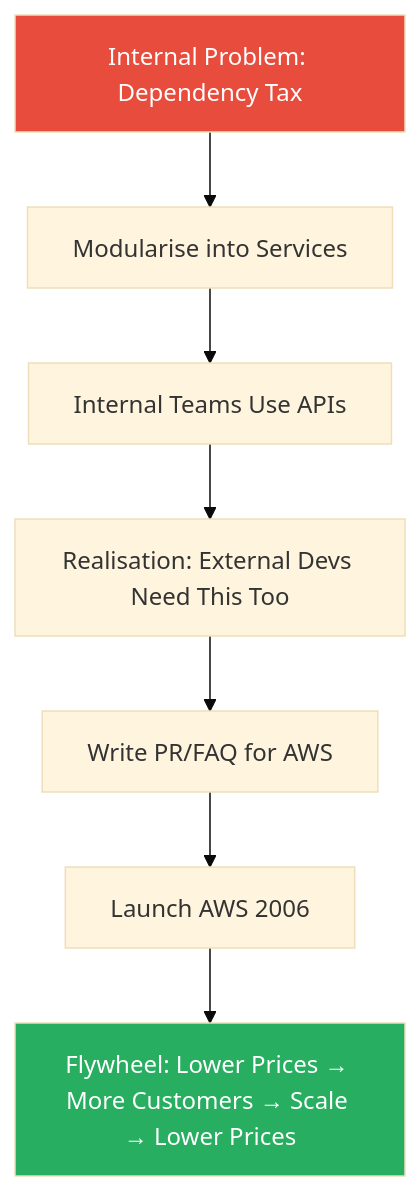
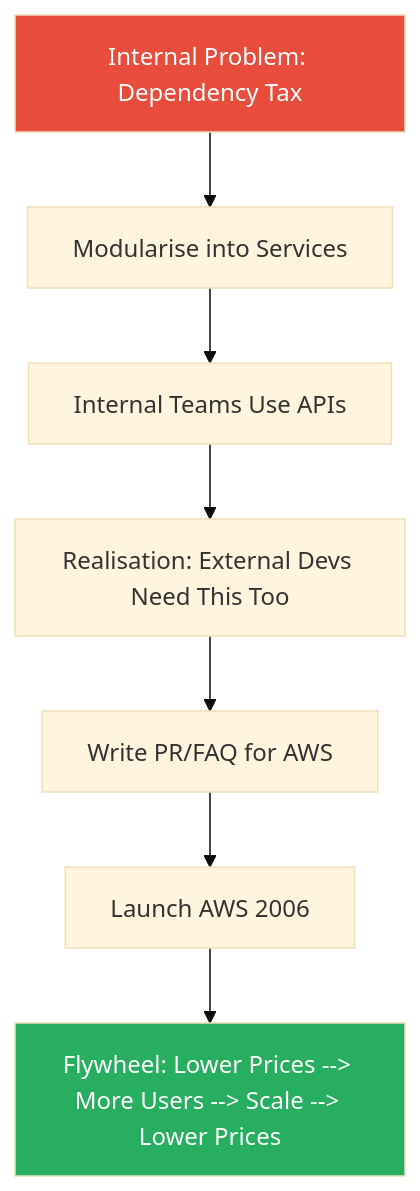
One commit to alius33/reader changed the sixth of 7 diagrams in summaries/Leadership & Management/Working Backwards - Colin Bryar & Bill Carr.md. Above: the diagram before and after it, drawn with Mermaid (base theme). The commit also changed other lines of this file and 272 other files, not shown here.

````diff
--- a/summaries/Leadership & Management/Working Backwards - Colin Bryar & Bill Carr.md
+++ b/summaries/Leadership & Management/Working Backwards - Colin Bryar & Bill Carr.md
@@ -634,11 +821,11 @@
 ```mermaid
 flowchart TD
     A[Internal Problem: Dependency Tax] --> B[Modularise into Services]
     B --> C[Internal Teams Use APIs]
     C --> D[Realisation: External Devs Need This Too]
     D --> E[Write PR/FAQ for AWS]
     E --> F[Launch AWS 2006]
-    F --> G[Flywheel: Lower Prices → More Customers → Scale → Lower Prices]
+    F --> G[Flywheel: Lower Prices --> More Users --> Scale --> Lower Prices]
     style A fill:#e74c3c,color:#fff
     style G fill:#27ae60,color:#fff
 ```
````
